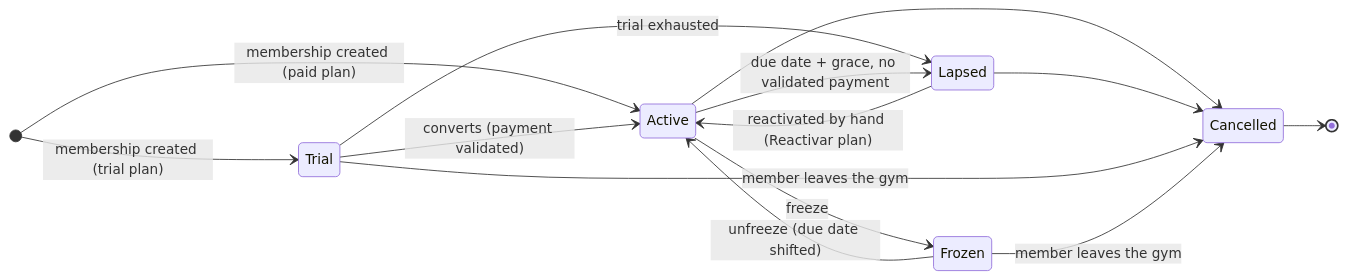
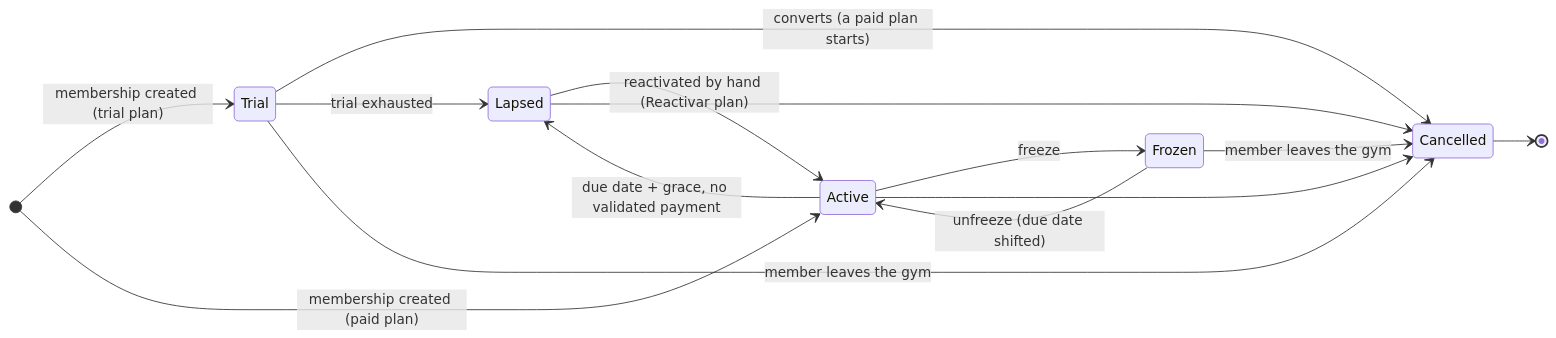
The first of 3 diagrams in docs/technical.md (rakin-app/rakin), drawn with Mermaid before and after one commit. The commit also changed other lines of this file and 21 other files, not shown here.

First line of the commit message:
Trial → conversion tracking: a paid plan links to the trial it converts, counted on Hoy (#415)

````diff
--- a/docs/technical.md
+++ b/docs/technical.md
@@ -96,17 +96,17 @@
 ```mermaid
 stateDiagram-v2
     direction LR
     [*] --> Trial: membership created (trial plan)
     [*] --> Active: membership created (paid plan)
-    Trial --> Active: converts (payment validated)
+    Trial --> Cancelled: converts (a paid plan starts)
     Trial --> Lapsed: trial exhausted
     Active --> Frozen: freeze
     Frozen --> Active: unfreeze (due date shifted)
     Active --> Lapsed: due date + grace, no validated payment
     Lapsed --> Active: reactivated by hand (Reactivar plan)
     Active --> Cancelled
     Lapsed --> Cancelled
     Trial --> Cancelled: member leaves the gym
     Frozen --> Cancelled: member leaves the gym
     Cancelled --> [*]
 ```
````
